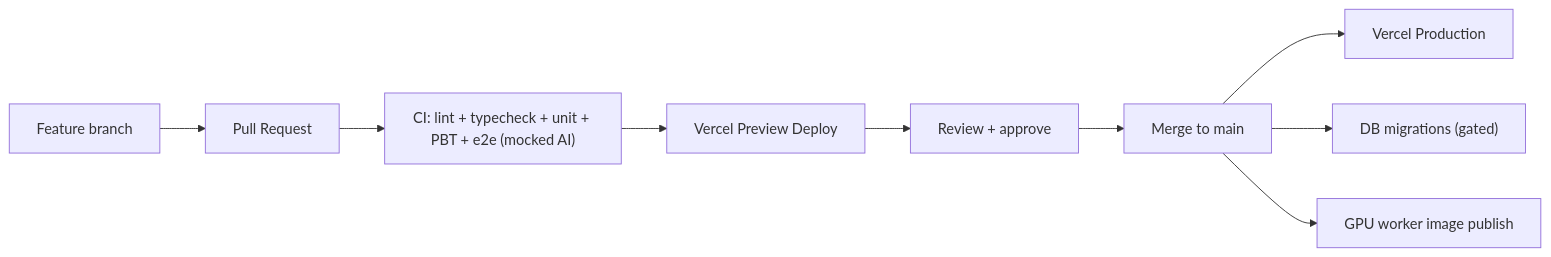
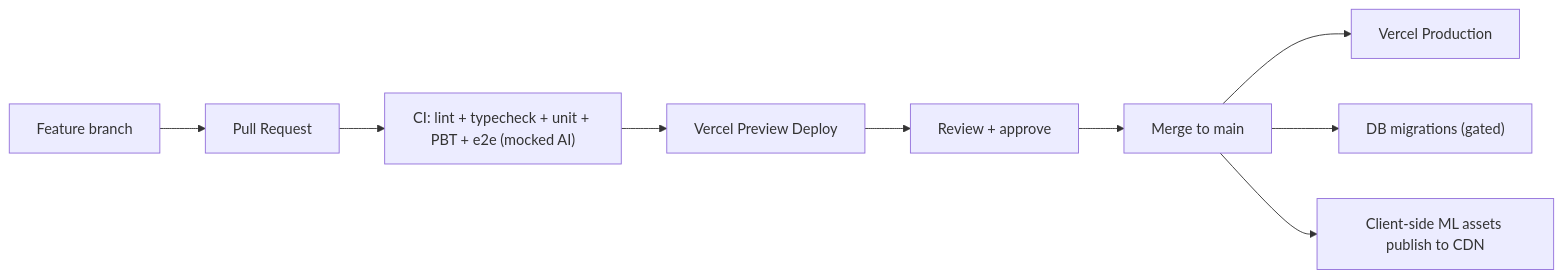
The eighth of 8 diagrams in .kiro/specs/luxury-womens-boutique/design.md (Sory777/aurelle-boutique), drawn with Mermaid before and after one commit. The commit also changed other lines of this file and 15 other files, not shown here.

Commit message:
Add free client-side virtual fitting room (size recommender + try-on studio)

````diff
--- a/.kiro/specs/luxury-womens-boutique/design.md
+++ b/.kiro/specs/luxury-womens-boutique/design.md
@@ -972,11 +1018,11 @@
 ```mermaid
 graph LR
     DEV["Feature branch"] --> PR["Pull Request"]
     PR --> CI["CI: lint + typecheck + unit + PBT + e2e (mocked AI)"]
     CI --> PREVIEW["Vercel Preview Deploy"]
     PREVIEW --> REVIEW["Review + approve"]
     REVIEW --> MAIN["Merge to main"]
     MAIN --> PROD["Vercel Production"]
     MAIN --> MIG["DB migrations (gated)"]
-    MAIN --> GPU["GPU worker image publish"]
+    MAIN --> ASSETS["Client-side ML assets publish to CDN"]
 ```
````
